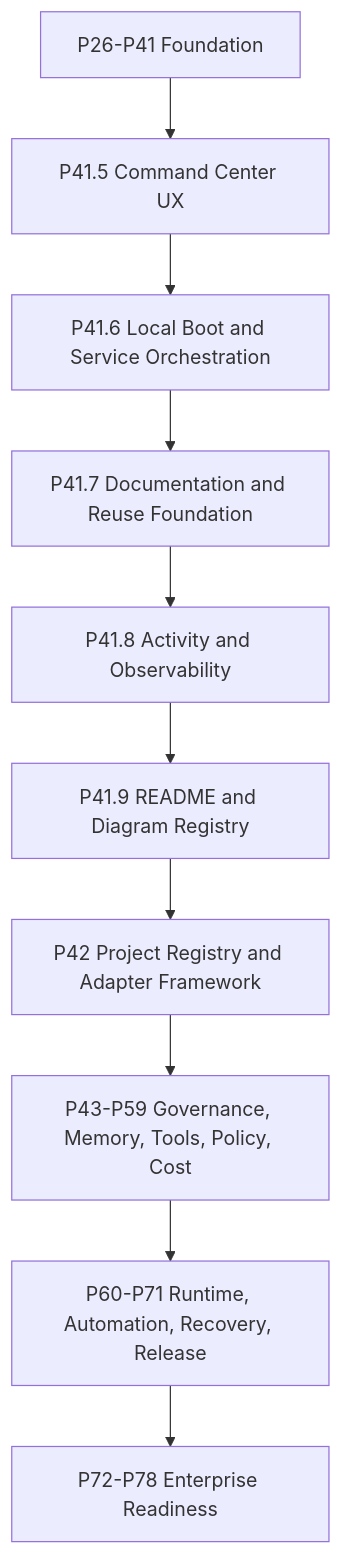
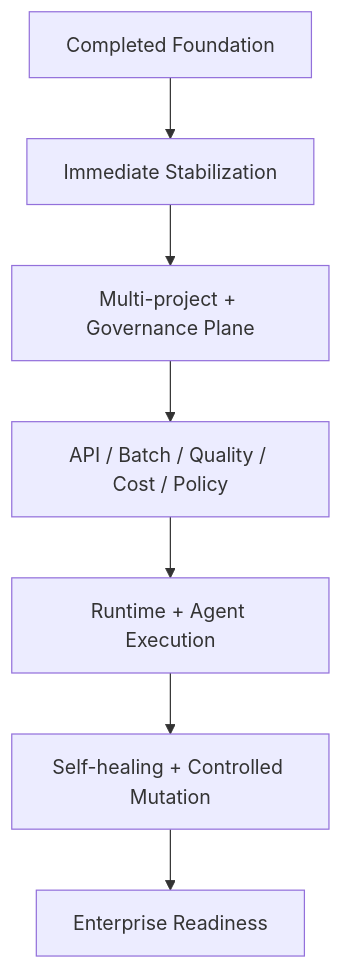
Before and after one commit to sramgiri1/Nexus: the diagram in docs/architecture/diagrams/sources/nexus-roadmap.mmd, drawn with Mermaid. The commit also changed 21 other files, not shown here.

Commit message:
docs: render architecture diagrams

```diff
--- a/docs/architecture/diagrams/sources/nexus-roadmap.mmd
+++ b/docs/architecture/diagrams/sources/nexus-roadmap.mmd
@@ -1,21 +1,15 @@
 flowchart TB
-  foundation[P26-P41 Foundation]
-  ux[P41.5 Command Center UX]
-  boot[P41.6 Local Boot and Service Orchestration]
-  docs[P41.7 Documentation and Reuse Foundation]
-  activity[P41.8 Activity and Observability]
-  diagrams[P41.9 README and Diagram Registry]
-  registry[P42 Project Registry and Adapter Framework]
-  governance[P43-P59 Governance, Memory, Tools, Policy, Cost]
-  runtime[P60-P71 Runtime, Automation, Recovery, Release]
-  enterprise[P72-P78 Enterprise Readiness]
+  foundation[Completed Foundation]
+  stabilization[Immediate Stabilization]
+  governance[Multi-project + Governance Plane]
+  quality[API / Batch / Quality / Cost / Policy]
+  runtime[Runtime + Agent Execution]
+  healing[Self-healing + Controlled Mutation]
+  enterprise[Enterprise Readiness]
 
-  foundation --> ux
-  ux --> boot
-  boot --> docs
-  docs --> activity
-  activity --> diagrams
-  diagrams --> registry
-  registry --> governance
-  governance --> runtime
-  runtime --> enterprise
+  foundation --> stabilization
+  stabilization --> governance
+  governance --> quality
+  quality --> runtime
+  runtime --> healing
+  healing --> enterprise
```
